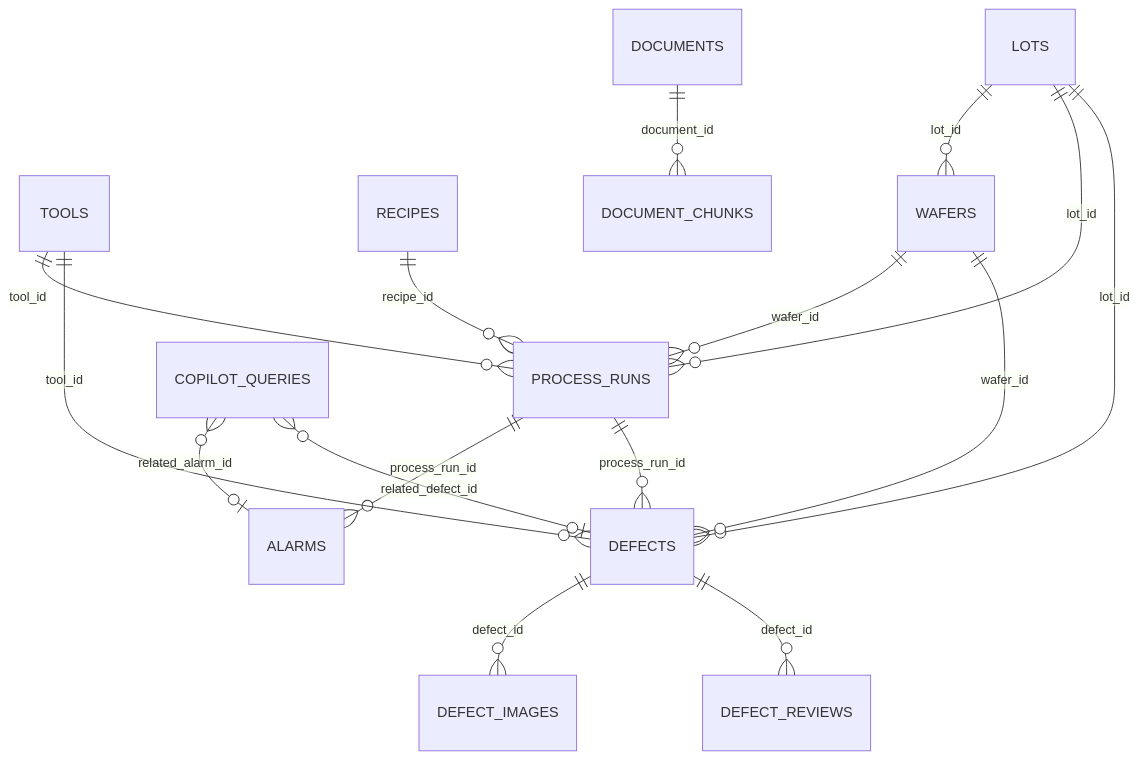
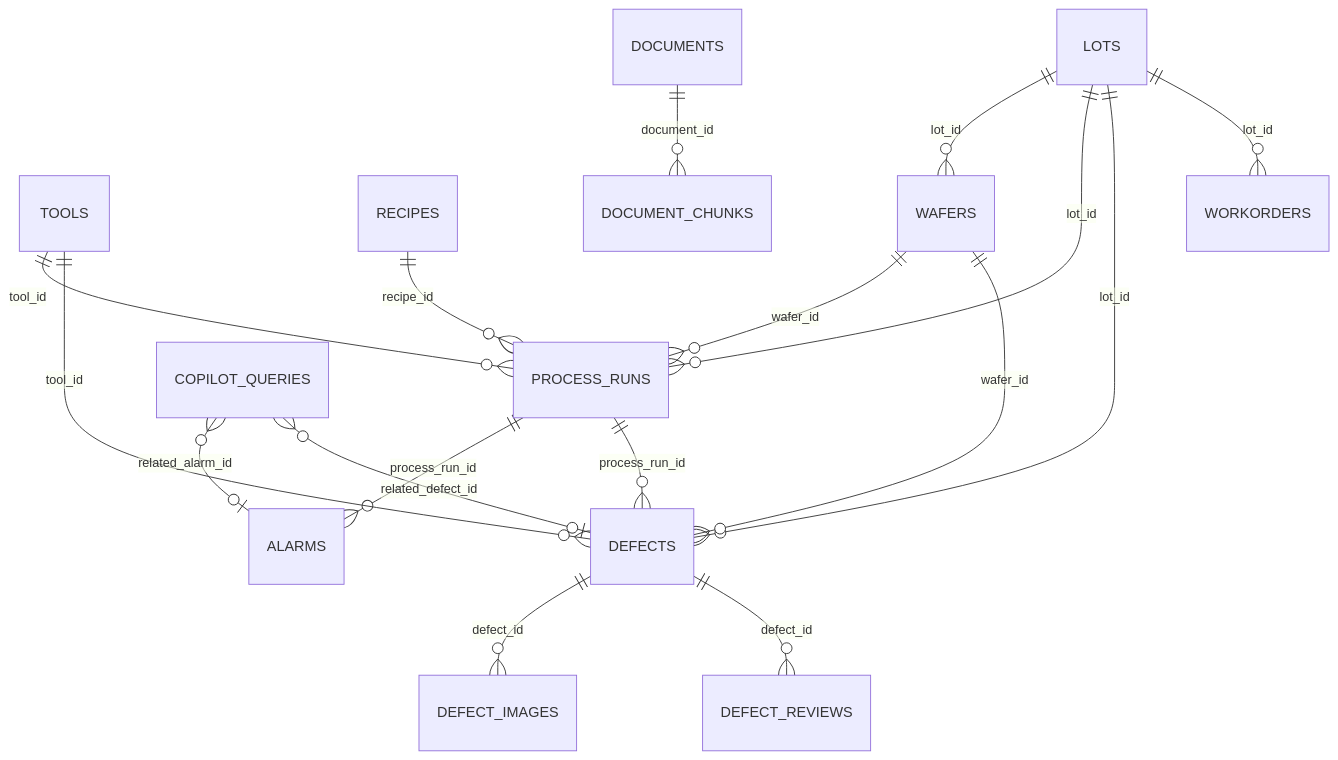
The sixth of 6 diagrams in graph.md (sfad159357/aoi-ops-platform), drawn with Mermaid before and after one commit. The commit also changed other lines of this file and 6 other files, not shown here.

First line of the commit message:
feat: expand architecture to OT/IT fusion with Kafka, RabbitMQ, InfluxDB

````diff
--- a/graph.md
+++ b/graph.md
@@ -172,19 +236,20 @@
 ```mermaid
 erDiagram
   TOOLS ||--o{ PROCESS_RUNS : "tool_id"
   RECIPES ||--o{ PROCESS_RUNS : "recipe_id"
   LOTS ||--o{ WAFERS : "lot_id"
   LOTS ||--o{ PROCESS_RUNS : "lot_id"
   WAFERS ||--o{ PROCESS_RUNS : "wafer_id"
   PROCESS_RUNS ||--o{ ALARMS : "process_run_id"
   PROCESS_RUNS ||--o{ DEFECTS : "process_run_id"
   TOOLS ||--o{ DEFECTS : "tool_id"
   LOTS ||--o{ DEFECTS : "lot_id"
   WAFERS ||--o{ DEFECTS : "wafer_id"
   DEFECTS ||--o{ DEFECT_IMAGES : "defect_id"
   DEFECTS ||--o{ DEFECT_REVIEWS : "defect_id"
   DOCUMENTS ||--o{ DOCUMENT_CHUNKS : "document_id"
+  LOTS ||--o{ WORKORDERS : "lot_id"
 
   COPILOT_QUERIES }o--o| ALARMS : "related_alarm_id"
   COPILOT_QUERIES }o--o| DEFECTS : "related_defect_id"
 ```
````
